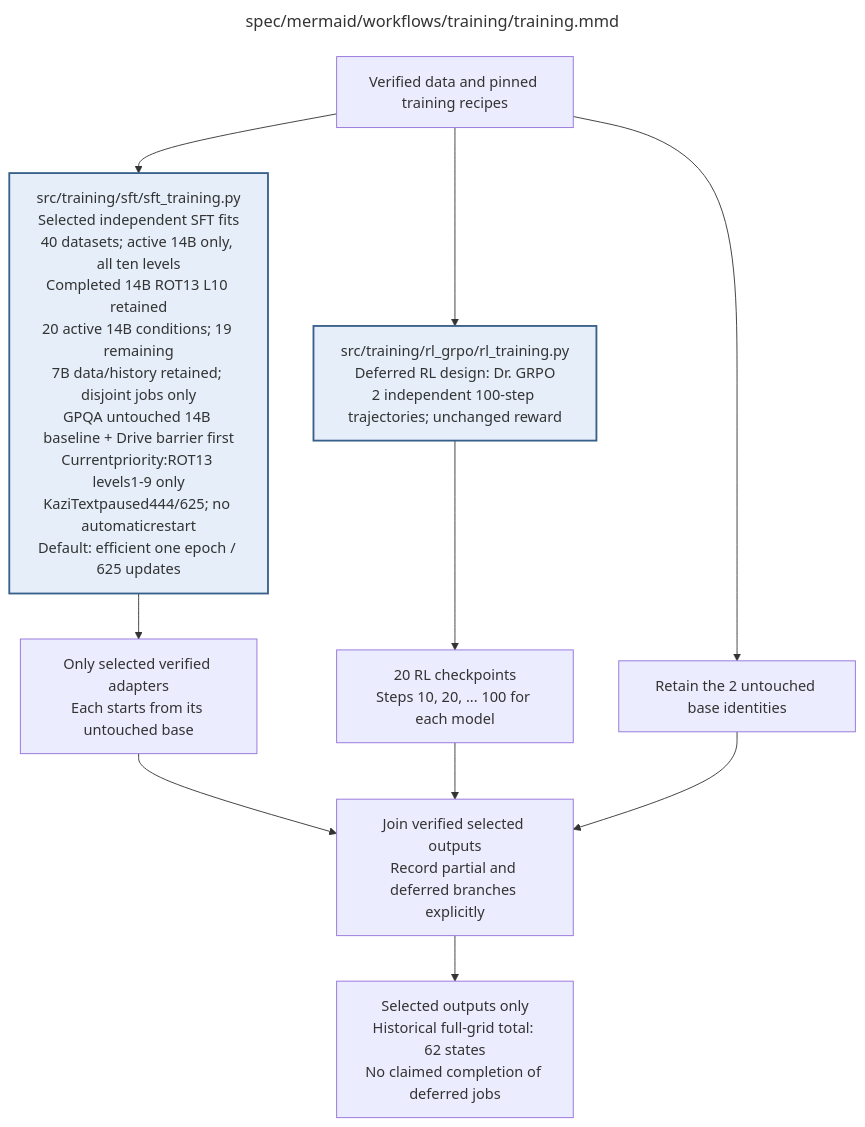
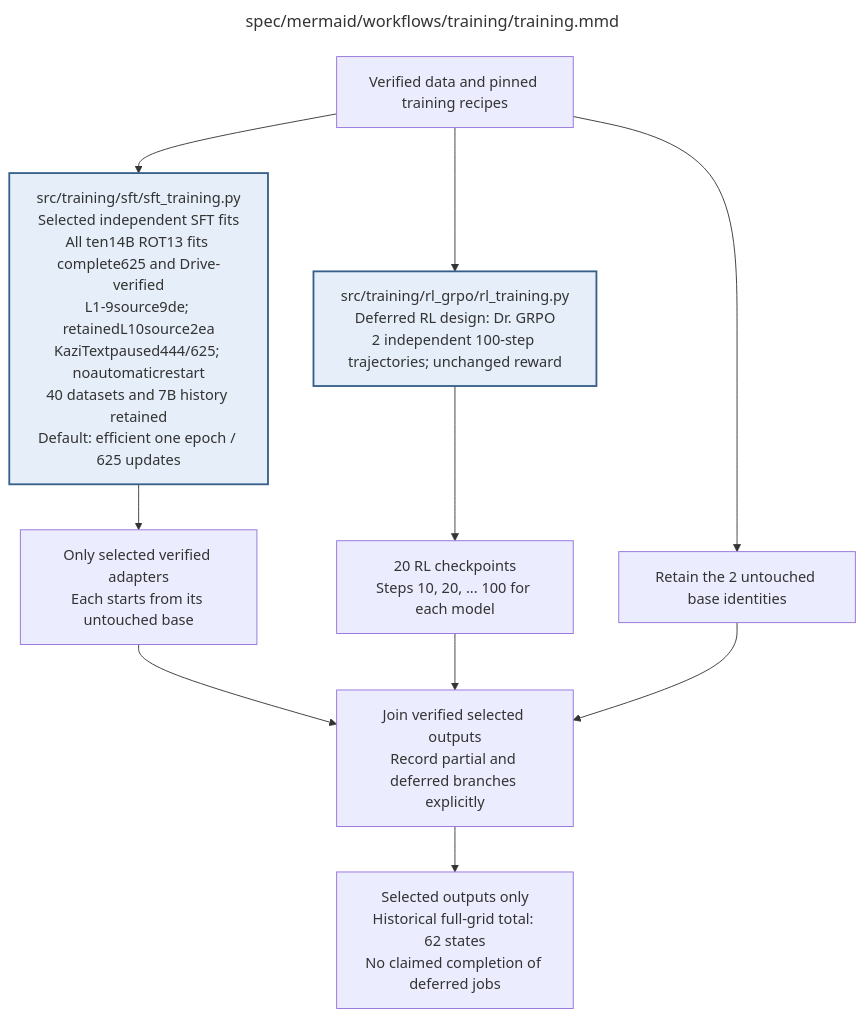
One commit to AJUNNYC/inducing_persistent_textual_chain_of_thought_illegibility changed the diagram in docs/modules/training/training.md. Above: the diagram before and after it, drawn with Mermaid. The commit also changed other lines of this file and 38 other files, not shown here.

Commit message:
Document completed ROT13 matrix and long-budget GPQA evaluation

````diff
--- a/docs/modules/training/training.md
+++ b/docs/modules/training/training.md
@@ -52,50 +52,50 @@
 ```mermaid
 ---
 title: "spec/mermaid/workflows/training/training.mmd"
 ---
 flowchart TD
 %% Dated13Oct21:38UTC evidence: actualGPQA49/198 complete/Drive verified;133 truncated+3 malformed at3072 tokens.
-%% Same scientificsource9de nowtrainsROT13L1: masks/recovery passed1x16/GCoff,checkpoint0Drive-verified,GPU94-98%.
+%% Current14Oct: allten14B ROT13 fits complete625/Driveverified; L1-9source9de, retainedL10source2ea.
 %% RetainedROT13L10 keeps old2ea4fb9 identity; laterdocumentation cannot relabel executed workers.
 %% Training
 %% Active default: efficient_one_epoch_v1, per explicitly selected SFT condition.
 %% Published policy v2: request physical 2 x 8; capacity fallback 1 x 16, same effective 16.
 %% Actual batch/accumulation/recomputation mode stays fixed throughout each fit and exact resume.
 %% Committed coordinator requires untouched 14B Diamond 198 baseline+verified Drive barrier before 19 new fits.
-%% Queue Currentpriority:ROT13 levels1-9 only<br/>KaziTextpaused444/625; no automaticrestart ascending; completed ROT13L10 retained.
+%% Executednine-levelROT13queue isCOMPLETE; KaziTextpaused444/625, noautomaticrestart.
 %% Authorization $240 recorded; no inferred new price or rate-based cutoff; explicit deadline/safe pause separate.
-%% Forty datasets available; active14B scope20, completed ROT13 L10 retained;19 selectedfits uncompleted.
-%% $240 SFT authorized 13 Oct; no new worker launch recorded. RL/final evaluation remain separate.
+%% Forty datasets available; alltenROT13 fitscomplete, alltenKaziText fitsuncompleted.
+%% Historical$240SFT authorization retained; GPQA-onlylong32000 evaluation isseparate andnotyet run.
 %% Legacy full-grid62state accounting is preserved, not an active launch instruction.
 %% Edit quoted node labels directly; this is native Mermaid.
 %% Execution contract: known faults use bounded recovery; unclassified/persistent faults stop the worker.
 %% Frozen invalid inputs are fatal. Unrecoverable child failures propagate; never release incomplete results.
 %% RL uses the same fixed 800 questions and order for both sizes. Four rollouts form each GRPO group.
 %% Independent SFT family queues run on their own GPUs; RL model trajectories run sequentially.
 %% Exact-condition full checkpoints may resume a run; another level's adapter is never a warm start.
 %% No training-time reasoning ablations. Earlier valid outputs are preserved if a worker stops.
 %% RL uses GRPO with Dr. GRPO loss normalization and the fixed settings in rl_grpo/setup/rl_setup.mmd.
 %% The post-training GPT4o artifact audit does not change the Sonnet two-pass training reward.
 %% Child: SFT => sft/sft_training.mmd
 %% Child: RL => rl_grpo/rl_training.mmd
     INPUT["Verified data and pinned training recipes"]
-    SFT["src/training/sft/sft_training.py<br/>Selected independent SFT fits<br/>40 datasets; active 14B only, all ten levels<br/>Completed 14B ROT13 L10 retained<br/>20 active 14B conditions; 19 remaining<br/>7B data/history retained; disjoint jobs only<br/>GPQA untouched 14B baseline + Drive barrier first<br/>Currentpriority:ROT13 levels1-9 only<br/>KaziTextpaused444/625; no automaticrestart<br/>Default: efficient one epoch / 625 updates"]
+    SFT["src/training/sft/sft_training.py<br/>Selected independent SFT fits<br/>All ten14B ROT13 fits complete625 and Drive-verified<br/>L1-9source9de; retainedL10source2ea<br/>KaziTextpaused444/625; noautomaticrestart<br/>40 datasets and 7B history retained<br/>Default: efficient one epoch / 625 updates"]
     SFTOUT["Only selected verified adapters<br/>Each starts from its untouched base"]
     RL["src/training/rl_grpo/rl_training.py<br/>Deferred RL design: Dr. GRPO<br/>2 independent 100-step trajectories; unchanged reward"]
     RLOUT["20 RL checkpoints<br/>Steps 10, 20, ... 100 for each model"]
     BASE["Retain the 2 untouched base identities"]
     WAIT["Join verified selected outputs<br/>Record partial and deferred branches explicitly"]
     OUT["Selected outputs only<br/>Historical full-grid total: 62 states<br/>No claimed completion of deferred jobs"]
     INPUT --> SFT --> SFTOUT --> WAIT
     INPUT --> RL --> RLOUT --> WAIT
     INPUT --> BASE --> WAIT
     WAIT --> OUT
     classDef detail fill:#e5eef9,stroke:#365f8a,stroke-width:2px
     class SFT,RL detail
 
 %% Repository module: src/training/training.py
 %% Module documentation: docs/modules/training/training.md
 %% Unit test: tests/unit/training/test_training.py
 %% Owner: coordinator
 %% Source sections: 2; C.2–C.3; E.1.1; E.2.2; H.7,H.9
 ```
````
